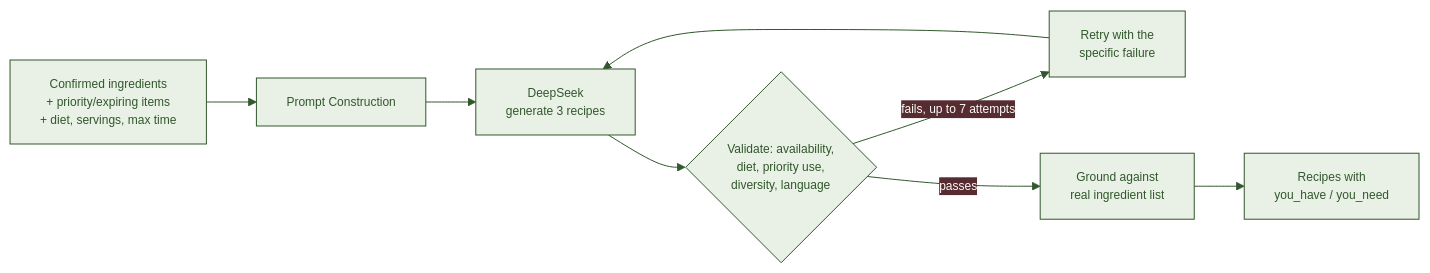
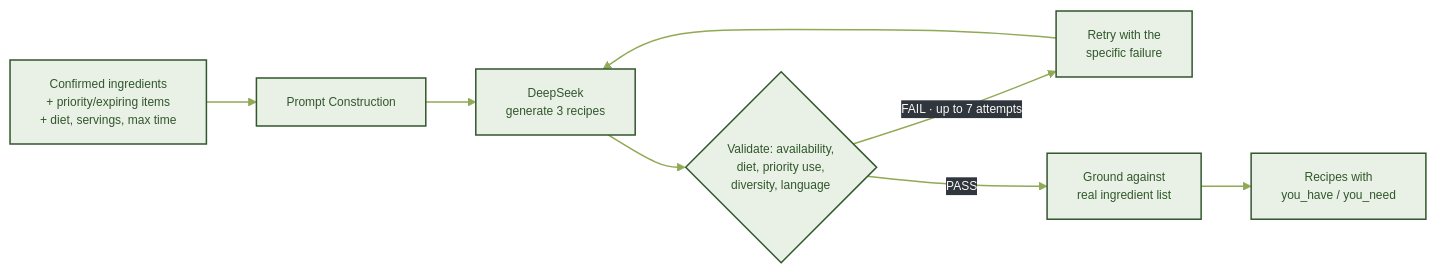
The third of 4 diagrams in README.md (Jood-Labs/Jood), drawn with Mermaid before and after one commit.

Commit message:
docs: revise diagrams

````diff
--- a/README.md
+++ b/README.md
@@ -273,14 +273,48 @@
 ```mermaid
-%%{init: {'theme':'base', 'themeVariables': {'primaryColor':'#31572c', 'primaryTextColor':'#faf9f6', 'primaryBorderColor':'#edf49a', 'lineColor':'#31572c', 'textColor':'#31572c', 'fontSize':'12px'}}}%%
+%%{init: {
+  'theme':'base',
+  'themeVariables': {
+    'primaryColor':'#31572C',
+    'primaryTextColor':'#FAF9F6',
+    'primaryBorderColor':'#EDF49A',
+    'lineColor':'#90A955',
+    'textColor':'#31572C',
+    'edgeLabelBackground':'#30363D',
+    'fontSize':'12px'
+  },
+  'themeCSS': '.edgeLabel p { background-color: #30363D !important; }'
+}}%%
+
 flowchart LR
-    A["Confirmed ingredients<br/>+ priority/expiring items<br/>+ diet, servings, max time"] --> B["Prompt Construction"]
-    B --> C["DeepSeek<br/>generate 3 recipes"]
-    C --> D{"Validate: availability,<br/>diet, priority use,<br/>diversity, language"}
-    D -->|"fails, up to 7 attempts"| E["Retry with the<br/>specific failure"]
+
+    A["Confirmed ingredients<br/>+ priority/expiring items<br/>+ diet, servings, max time"]
+
+    B["Prompt Construction"]
+
+    C["DeepSeek<br/>generate 3 recipes"]
+
+    D{"Validate: availability,<br/>diet, priority use,<br/>diversity, language"}
+
+    E["Retry with the<br/>specific failure"]
+
+    F["Ground against<br/>real ingredient list"]
+
+    G["Recipes with<br/>you_have / you_need"]
+
+    A --> B
+    B --> C
+    C --> D
+
+    D -->|"<span style='color:#F08C8C;font-weight:bold'>FAIL · up to 7 attempts</span>"| E
     E --> C
-    D -->|"passes"| F["Ground against<br/>real ingredient list"]
-    F --> G["Recipes with<br/>you_have / you_need"]
 
-    classDef step fill:#e9f1e6,stroke:#31572c,color:#31572c;
+    D -->|"<span style='color:#90A955;font-weight:bold'>PASS</span>"| F
+
+    F --> G
+
+    classDef step fill:#E9F1E6,stroke:#31572C,stroke-width:1.5px,color:#31572C;
+
     class A,B,C,D,E,F,G step;
+
+    linkStyle default stroke:#90A955,stroke-width:1.5px;
 ```
````
